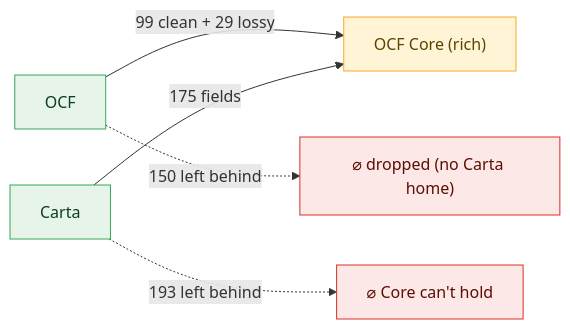
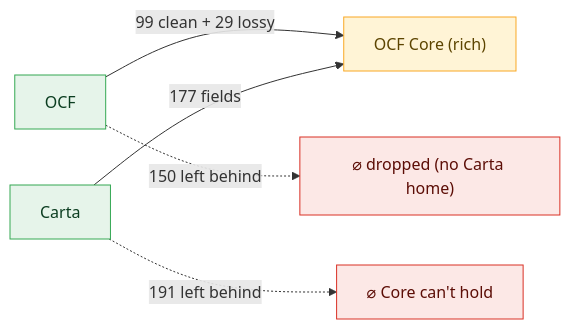
Before and after one commit to Open-Cap-Table-Coalition/OCF-Composed-Schemas: the first of 47 diagrams in docs/core-bidirectional-flow.md, drawn with Mermaid. The commit also changed other lines of this file and 6 other files, not shown here.

````diff
--- a/docs/core-bidirectional-flow.md
+++ b/docs/core-bidirectional-flow.md
@@ -11,11 +11,11 @@
 ```mermaid
 flowchart LR
   classDef core fill:#fff4d6,stroke:#f9a825,color:#5c4400;
   classDef in fill:#e6f4ea,stroke:#34a853,color:#0b3d20;
   classDef out fill:#fce8e6,stroke:#d93025,color:#5c0d06;
   OCF["OCF"]:::in -->|"99 clean + 29 lossy"| CORE
   OCF -.->|"150 left behind"| ocfvoid["⌀ dropped (no Carta home)"]:::out
   CORE["OCF Core (rich)"]:::core
-  Carta["Carta"]:::in -->|"175 fields"| CORE
-  Carta -.->|"193 left behind"| cartavoid["⌀ Core can't hold"]:::out
+  Carta["Carta"]:::in -->|"177 fields"| CORE
+  Carta -.->|"191 left behind"| cartavoid["⌀ Core can't hold"]:::out
 ```
````
